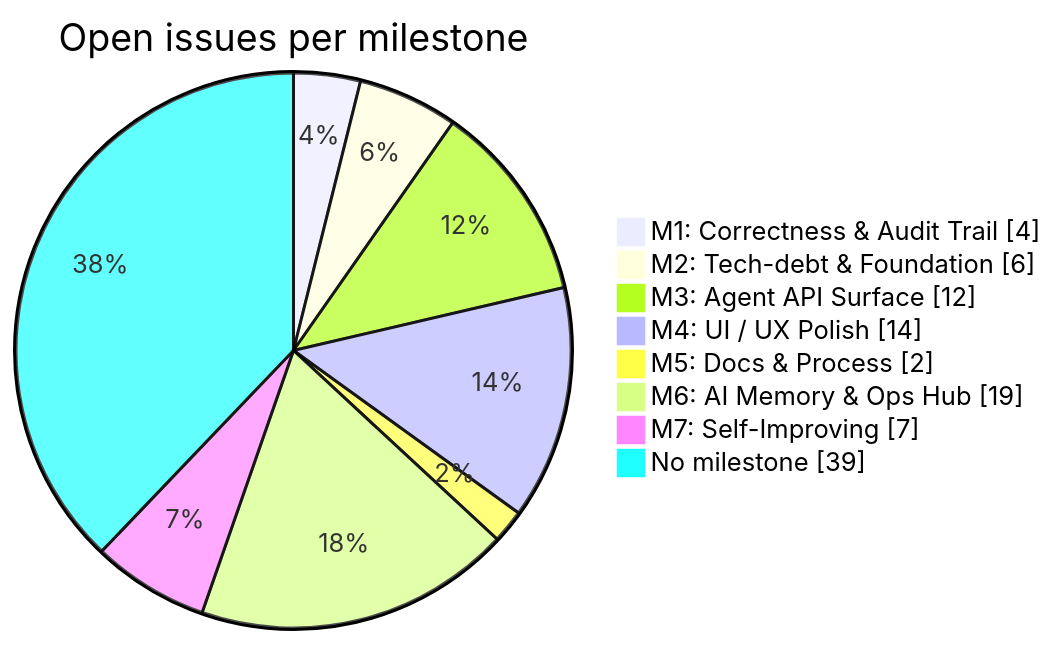
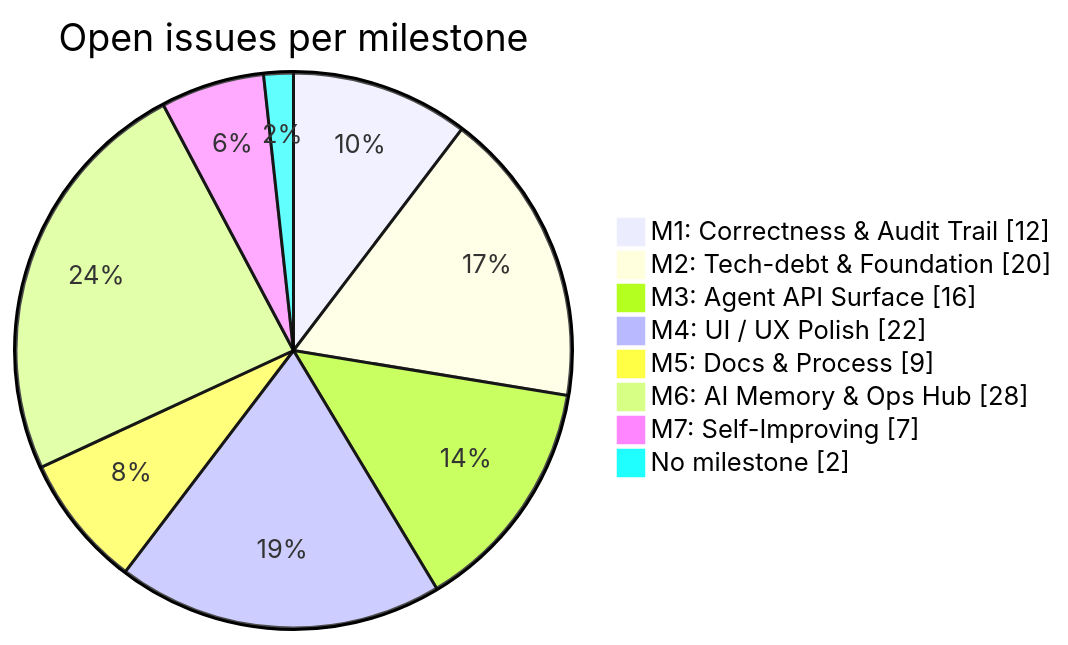
The diagram in docs/BACKLOG.md (joelfuller2016/KanbanFlow-v2), drawn with Mermaid before and after one commit. The commit also changed other lines of this file and 12 other files, not shown here.

````diff
--- a/docs/BACKLOG.md
+++ b/docs/BACKLOG.md
@@ -44,12 +44,12 @@
 ```mermaid
 pie showData
     title Open issues per milestone
-    "M1: Correctness & Audit Trail" : 4
-    "M2: Tech-debt & Foundation" : 6
-    "M3: Agent API Surface" : 12
-    "M4: UI / UX Polish" : 14
-    "M5: Docs & Process" : 2
-    "M6: AI Memory & Ops Hub" : 19
+    "M1: Correctness & Audit Trail" : 12
+    "M2: Tech-debt & Foundation" : 20
+    "M3: Agent API Surface" : 16
+    "M4: UI / UX Polish" : 22
+    "M5: Docs & Process" : 9
+    "M6: AI Memory & Ops Hub" : 28
     "M7: Self-Improving" : 7
-    "No milestone" : 39
+    "No milestone" : 2
 ```
````
